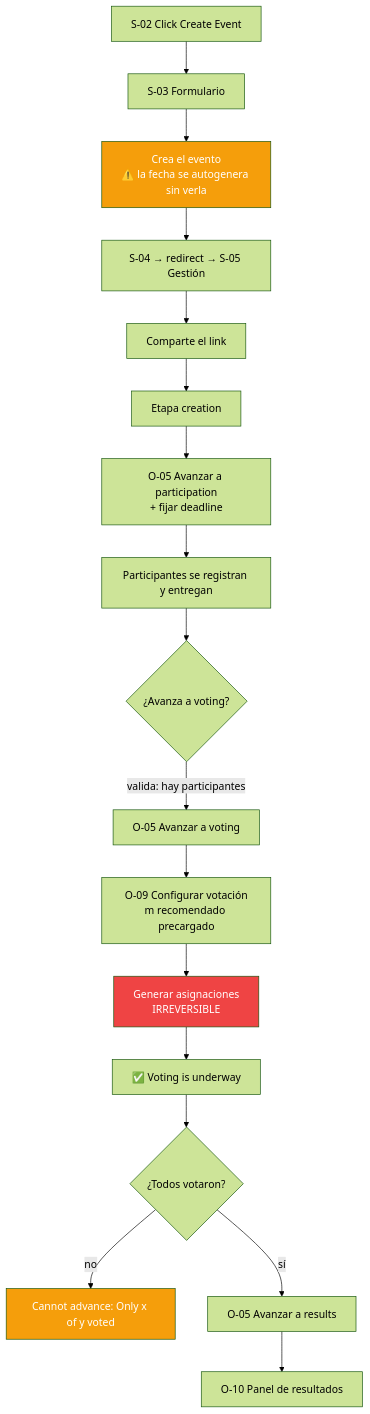
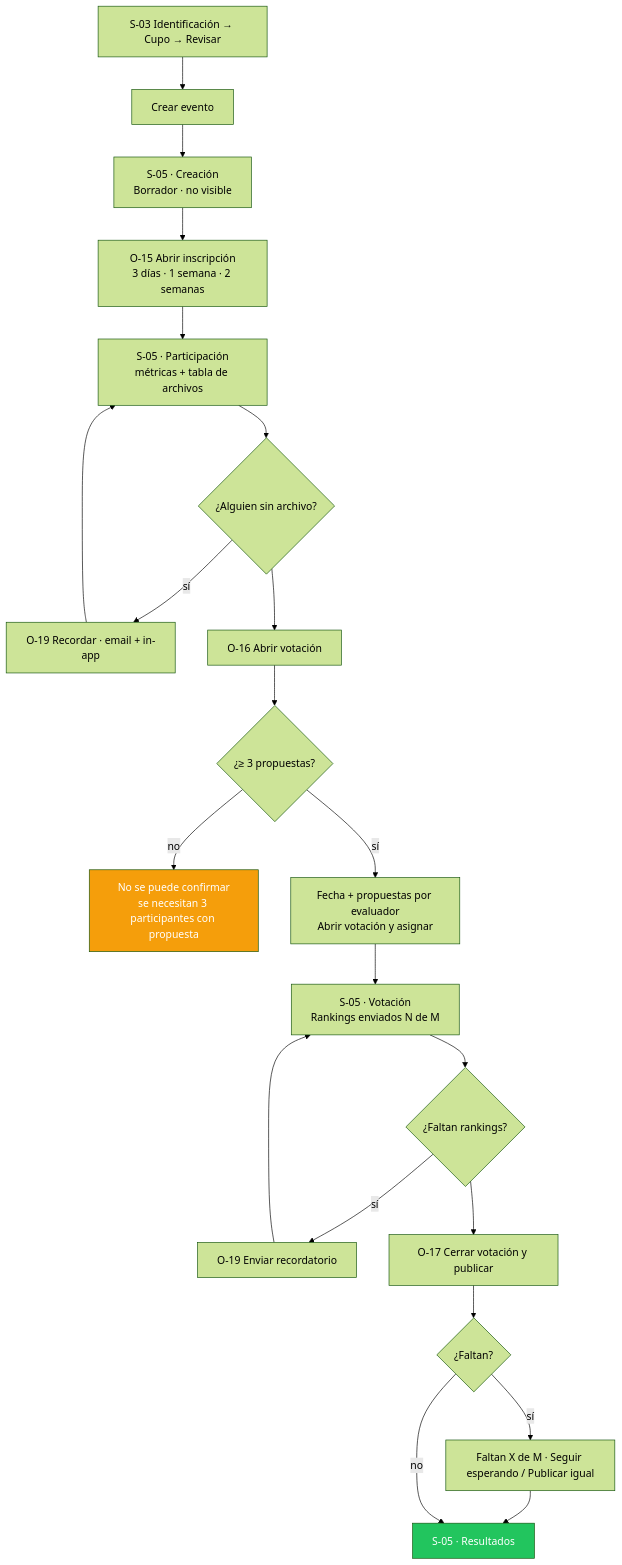
Before and after one commit to gravadigital/telescope: the third of 5 diagrams in docs/ux/surfaces/web/user-flows.md, drawn with Mermaid (forest theme). The commit also changed other lines of this file and 84 other files, not shown here.

````diff
--- a/docs/ux/surfaces/web/user-flows.md
+++ b/docs/ux/surfaces/web/user-flows.md
@@ -140,23 +132,26 @@
 ```mermaid
 graph TD
-    A[S-02 Click Create Event] --> B[S-03 Formulario]
-    B --> C[Crea el evento<br/>⚠️ la fecha se autogenera sin verla]
-    C --> D[S-04 → redirect → S-05 Gestión]
-    D --> E[Comparte el link]
-    E --> F[Etapa creation]
-    F --> G[O-05 Avanzar a participation<br/>+ fijar deadline]
-    G --> H[Participantes se registran y entregan]
-    H --> I{¿Avanza a voting?}
-    I -->|valida: hay participantes| J[O-05 Avanzar a voting]
-    J --> K[O-09 Configurar votación<br/>m recomendado precargado]
-    K --> L[Generar asignaciones<br/>IRREVERSIBLE]
-    L --> M[✅ Voting is underway]
-    M --> N{¿Todos votaron?}
-    N -->|no| O[Cannot advance: Only x of y voted]
-    N -->|sí| P[O-05 Avanzar a results]
-    P --> Q[O-10 Panel de resultados]
+    A[S-03 Identificación → Cupo → Revisar] --> B[Crear evento]
+    B --> C[S-05 · Creación<br/>Borrador · no visible]
+    C --> D[O-15 Abrir inscripción<br/>3 días · 1 semana · 2 semanas]
+    D --> E[S-05 · Participación<br/>métricas + tabla de archivos]
+    E --> F{¿Alguien sin archivo?}
+    F -->|sí| G[O-19 Recordar · email + in-app]
+    G --> E
+    F --> H[O-16 Abrir votación]
+    H --> I{¿≥ 3 propuestas?}
+    I -->|no| J[No se puede confirmar<br/>se necesitan 3 participantes con propuesta]
+    I -->|sí| K[Fecha + propuestas por evaluador<br/>Abrir votación y asignar]
+    K --> L[S-05 · Votación<br/>Rankings enviados N de M]
+    L --> M{¿Faltan rankings?}
+    M -->|sí| N[O-19 Enviar recordatorio]
+    N --> L
+    M --> O[O-17 Cerrar votación y publicar]
+    O --> P{¿Faltan?}
+    P -->|sí| Q[Faltan X de M · Seguir esperando / Publicar igual]
+    Q --> R[S-05 · Resultados]
+    P -->|no| R
 
-    style C fill:#f59e0b,color:#fff
-    style L fill:#ef4444,color:#fff
-    style O fill:#f59e0b,color:#fff
+    style J fill:#f59e0b,color:#fff
+    style R fill:#22c55e,color:#fff
 ```
````
